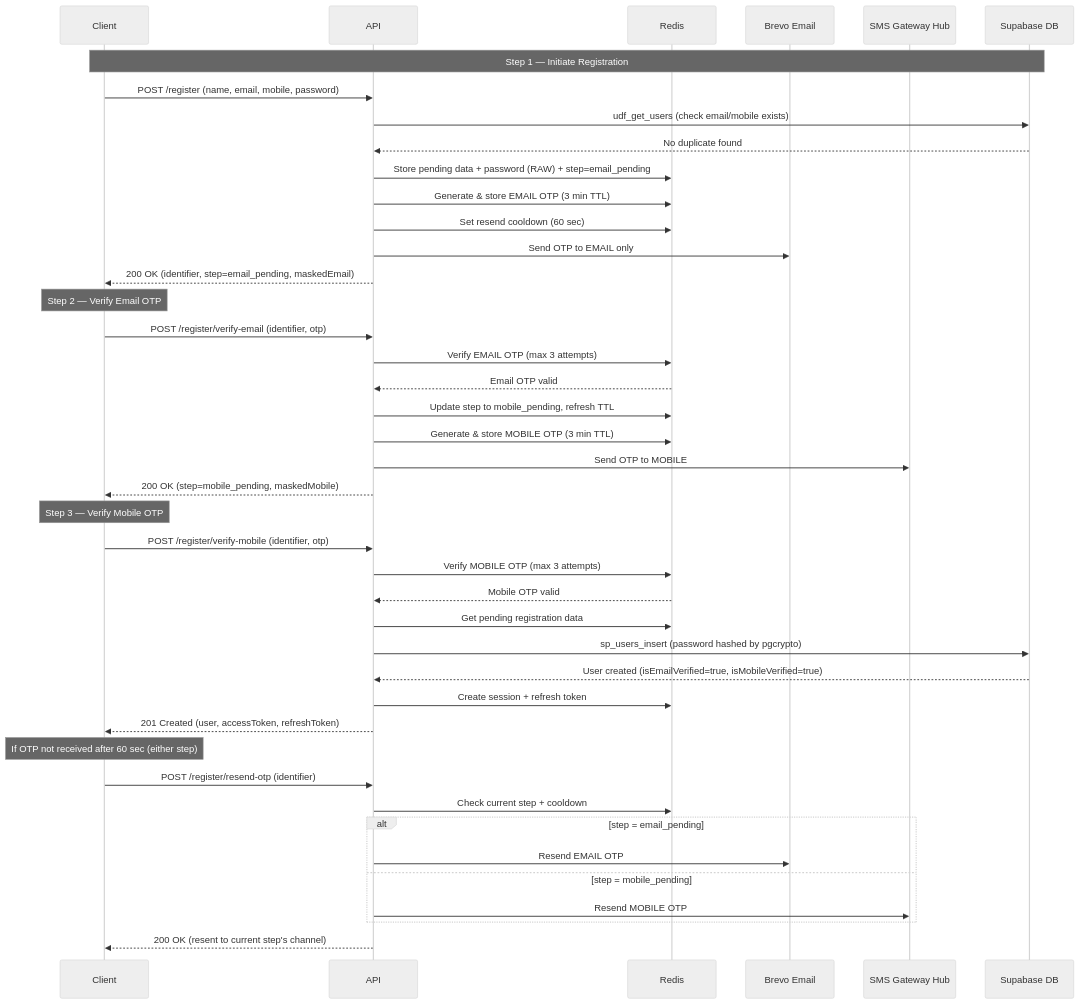
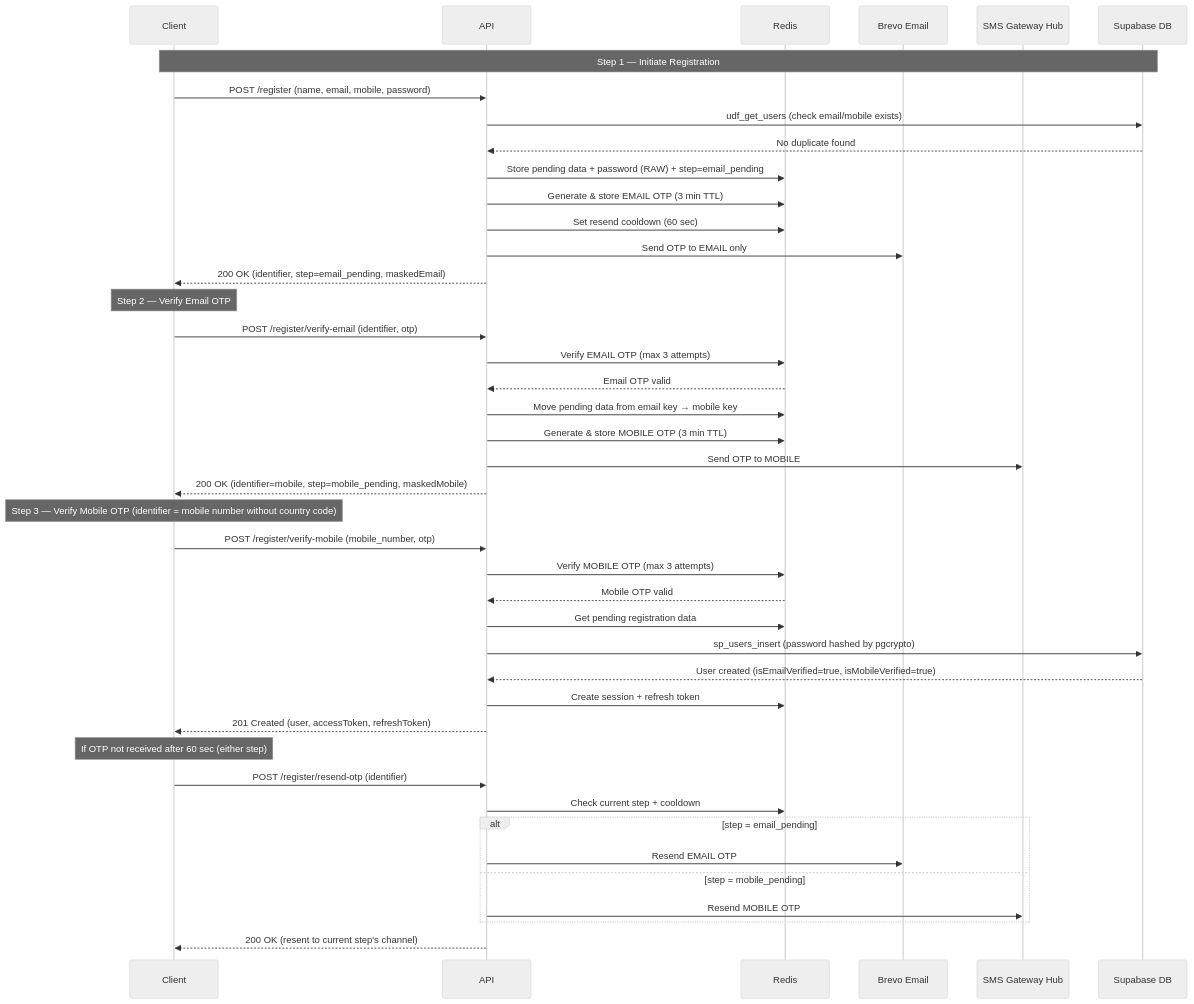
Before and after one commit to girishinindia/growupmore_api: the second of 5 diagrams in docs/v1/auth-api-postman-guide.md, drawn with Mermaid (neutral theme). The commit also changed other lines of this file and 7 other files, not shown here.

First line of the commit message:
Add reCAPTCHA middleware, fix mobile identifier flow, improve documentation

````diff
--- a/docs/v1/auth-api-postman-guide.md
+++ b/docs/v1/auth-api-postman-guide.md
@@ -52,52 +52,52 @@
 ```mermaid
 sequenceDiagram
     participant Client
     participant API
     participant Redis
     participant Brevo as Brevo Email
     participant SMS as SMS Gateway Hub
     participant DB as Supabase DB
 
     Note over Client,DB: Step 1 — Initiate Registration
 
     Client->>API: POST /register (name, email, mobile, password)
     API->>DB: udf_get_users (check email/mobile exists)
     DB-->>API: No duplicate found
     API->>Redis: Store pending data + password (RAW) + step=email_pending
     API->>Redis: Generate & store EMAIL OTP (3 min TTL)
     API->>Redis: Set resend cooldown (60 sec)
     API->>Brevo: Send OTP to EMAIL only
     API-->>Client: 200 OK (identifier, step=email_pending, maskedEmail)
 
     Note over Client: Step 2 — Verify Email OTP
 
     Client->>API: POST /register/verify-email (identifier, otp)
     API->>Redis: Verify EMAIL OTP (max 3 attempts)
     Redis-->>API: Email OTP valid
-    API->>Redis: Update step to mobile_pending, refresh TTL
+    API->>Redis: Move pending data from email key → mobile key
     API->>Redis: Generate & store MOBILE OTP (3 min TTL)
     API->>SMS: Send OTP to MOBILE
-    API-->>Client: 200 OK (step=mobile_pending, maskedMobile)
+    API-->>Client: 200 OK (identifier=mobile, step=mobile_pending, maskedMobile)
 
-    Note over Client: Step 3 — Verify Mobile OTP
+    Note over Client: Step 3 — Verify Mobile OTP (identifier = mobile number without country code)
 
-    Client->>API: POST /register/verify-mobile (identifier, otp)
+    Client->>API: POST /register/verify-mobile (mobile_number, otp)
     API->>Redis: Verify MOBILE OTP (max 3 attempts)
     Redis-->>API: Mobile OTP valid
     API->>Redis: Get pending registration data
     API->>DB: sp_users_insert (password hashed by pgcrypto)
     DB-->>API: User created (isEmailVerified=true, isMobileVerified=true)
     API->>Redis: Create session + refresh token
     API-->>Client: 201 Created (user, accessToken, refreshToken)
 
     Note over Client: If OTP not received after 60 sec (either step)
 
     Client->>API: POST /register/resend-otp (identifier)
     API->>Redis: Check current step + cooldown
     alt step = email_pending
         API->>Brevo: Resend EMAIL OTP
     else step = mobile_pending
         API->>SMS: Resend MOBILE OTP
     end
     API-->>Client: 200 OK (resent to current step's channel)
 ```
````
